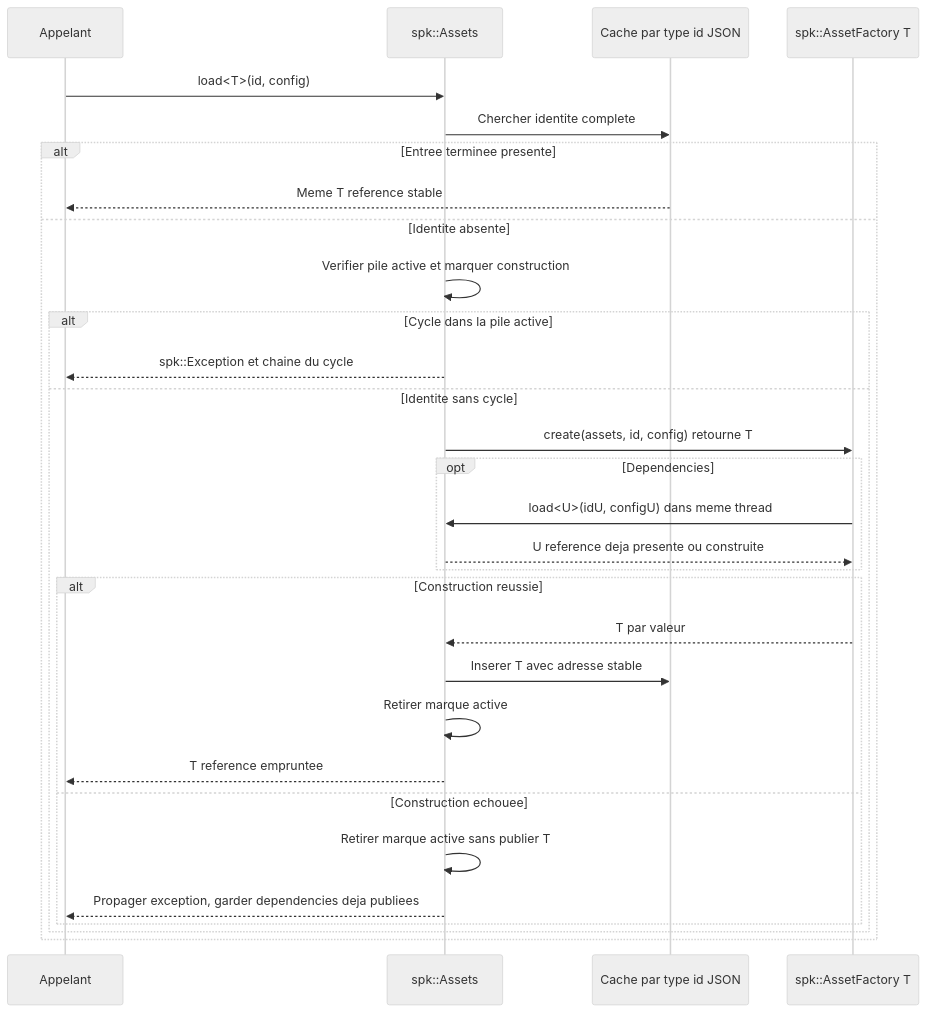
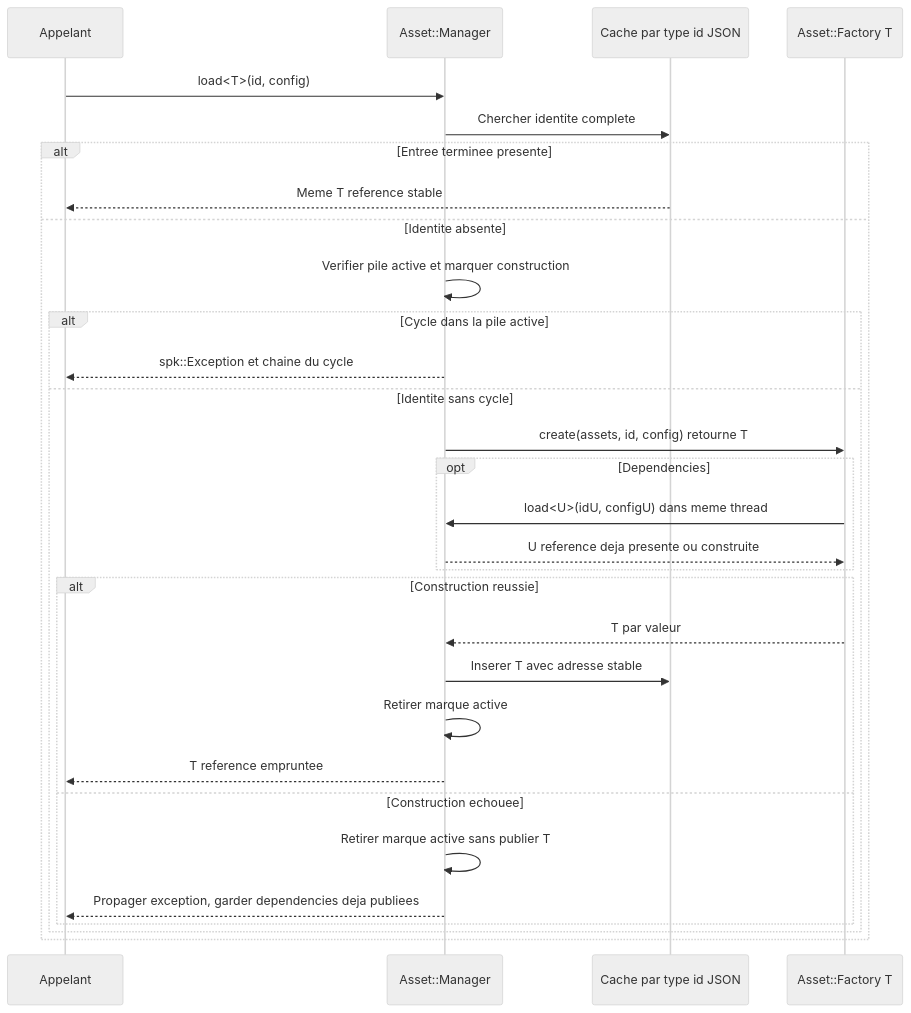
One commit to EreliaStudio/Sparkle changed the diagram in docs/voxel-engine-v0.1.4/05-asset-manager.md. Above: the diagram before and after it, drawn with Mermaid (neutral theme). The commit also changed other lines of this file and 14 other files, not shown here.

Commit message:
PR-06: capitalize only spk::Asset namespace, preserve Manager and Factory

````diff
--- a/docs/voxel-engine-v0.1.4/05-asset-manager.md
+++ b/docs/voxel-engine-v0.1.4/05-asset-manager.md
@@ -141,32 +139,32 @@
 ```mermaid
 sequenceDiagram
     participant Caller as Appelant
-    participant Assets as spk::Assets
+    participant Assets as Asset::Manager
     participant Cache as Cache par type id JSON
-    participant Factory as spk::AssetFactory T
+    participant Factory as Asset::Factory T
     Caller->>Assets: load<T>(id, config)
     Assets->>Cache: Chercher identite complete
     alt Entree terminee presente
         Cache-->>Caller: Meme T reference stable
     else Identite absente
         Assets->>Assets: Verifier pile active et marquer construction
         alt Cycle dans la pile active
             Assets-->>Caller: spk::Exception et chaine du cycle
         else Identite sans cycle
             Assets->>Factory: create(assets, id, config) retourne T
             opt Dependencies
                 Factory->>Assets: load<U>(idU, configU) dans meme thread
                 Assets-->>Factory: U reference deja presente ou construite
             end
             alt Construction reussie
                 Factory-->>Assets: T par valeur
                 Assets->>Cache: Inserer T avec adresse stable
                 Assets->>Assets: Retirer marque active
                 Assets-->>Caller: T reference empruntee
             else Construction echouee
                 Assets->>Assets: Retirer marque active sans publier T
                 Assets-->>Caller: Propager exception, garder dependencies deja publiees
             end
         end
     end
 ```
````
